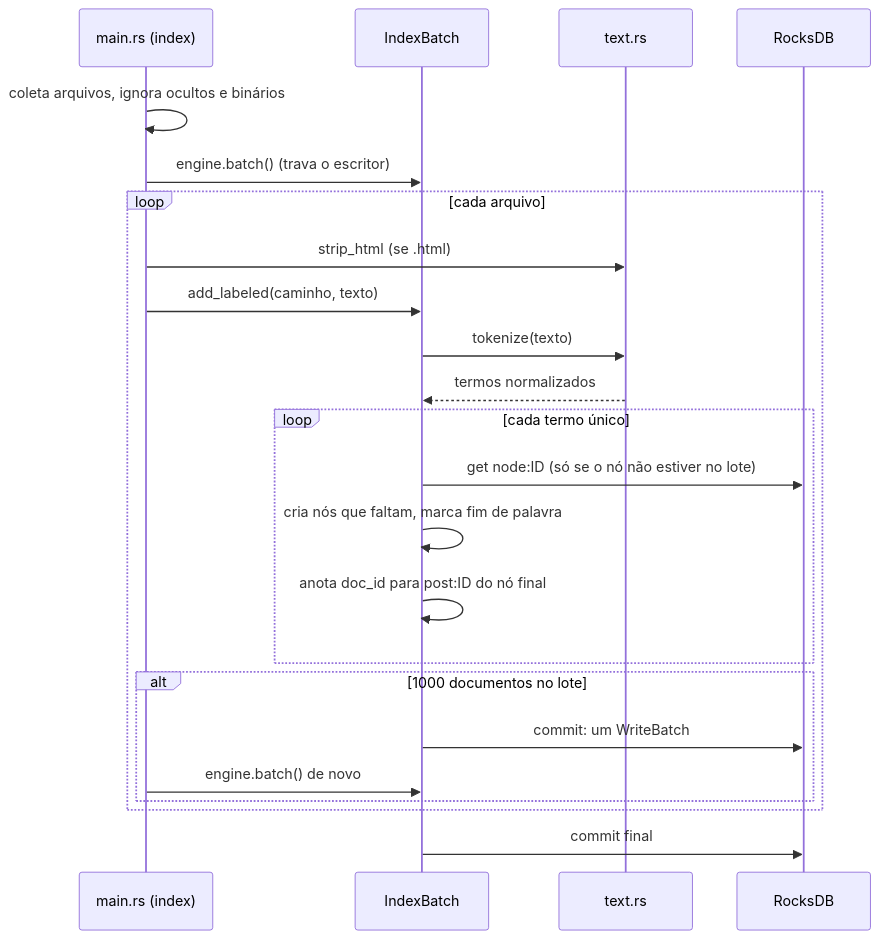
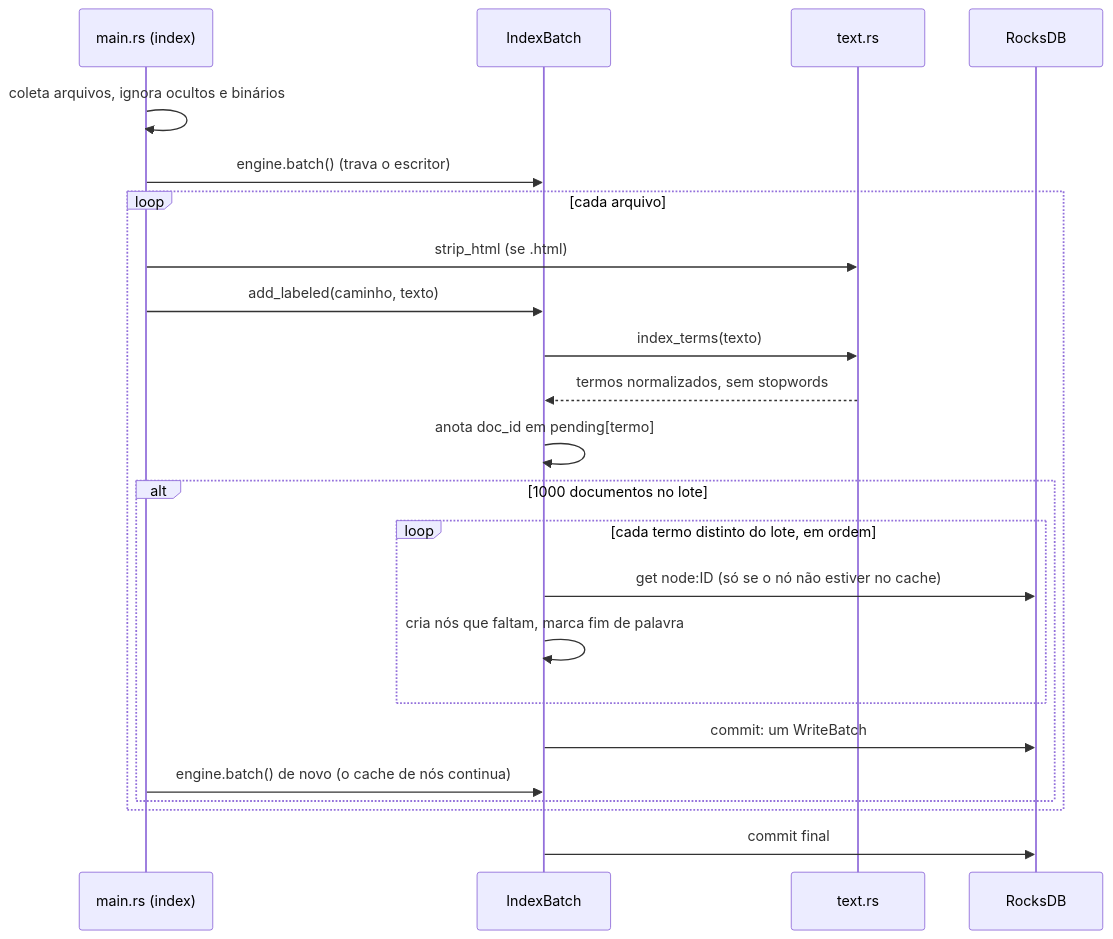
Before and after one commit to evertondays/fire-flower: the sixth of 9 diagrams in docs/como-funciona.md, drawn with Mermaid. The commit also changed other lines of this file and 7 other files, not shown here.

First line of the commit message:
Lote invertido, cache de nós entre lotes e stopwords pt/en

````diff
--- a/docs/como-funciona.md
+++ b/docs/como-funciona.md
@@ -330,26 +330,26 @@
 ```mermaid
 sequenceDiagram
     participant CLI as main.rs (index)
     participant B as IndexBatch
     participant T as text.rs
     participant DB as RocksDB
 
     CLI->>CLI: coleta arquivos, ignora ocultos e binários
     CLI->>B: engine.batch() (trava o escritor)
     loop cada arquivo
         CLI->>T: strip_html (se .html)
         CLI->>B: add_labeled(caminho, texto)
-        B->>T: tokenize(texto)
-        T-->>B: termos normalizados
-        loop cada termo único
-            B->>DB: get node:ID (só se o nó não estiver no lote)
-            B->>B: cria nós que faltam, marca fim de palavra
-            B->>B: anota doc_id para post:ID do nó final
-        end
+        B->>T: index_terms(texto)
+        T-->>B: termos normalizados, sem stopwords
+        B->>B: anota doc_id em pending[termo]
         alt 1000 documentos no lote
+            loop cada termo distinto do lote, em ordem
+                B->>DB: get node:ID (só se o nó não estiver no cache)
+                B->>B: cria nós que faltam, marca fim de palavra
+            end
             B->>DB: commit: um WriteBatch
-            CLI->>B: engine.batch() de novo
+            CLI->>B: engine.batch() de novo (o cache de nós continua)
         end
     end
     B->>DB: commit final
 ```
````
